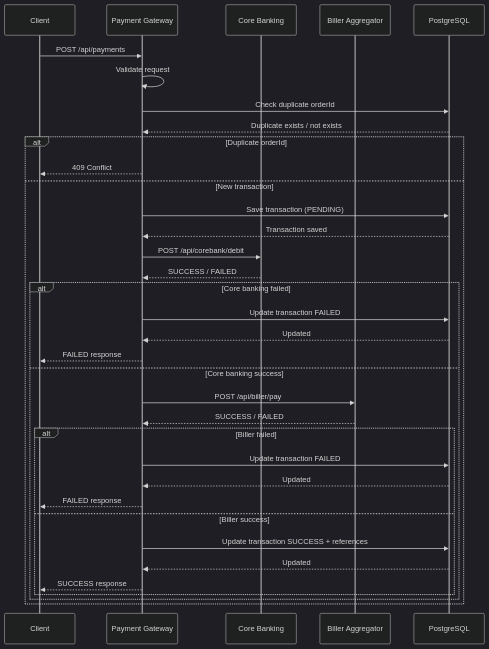
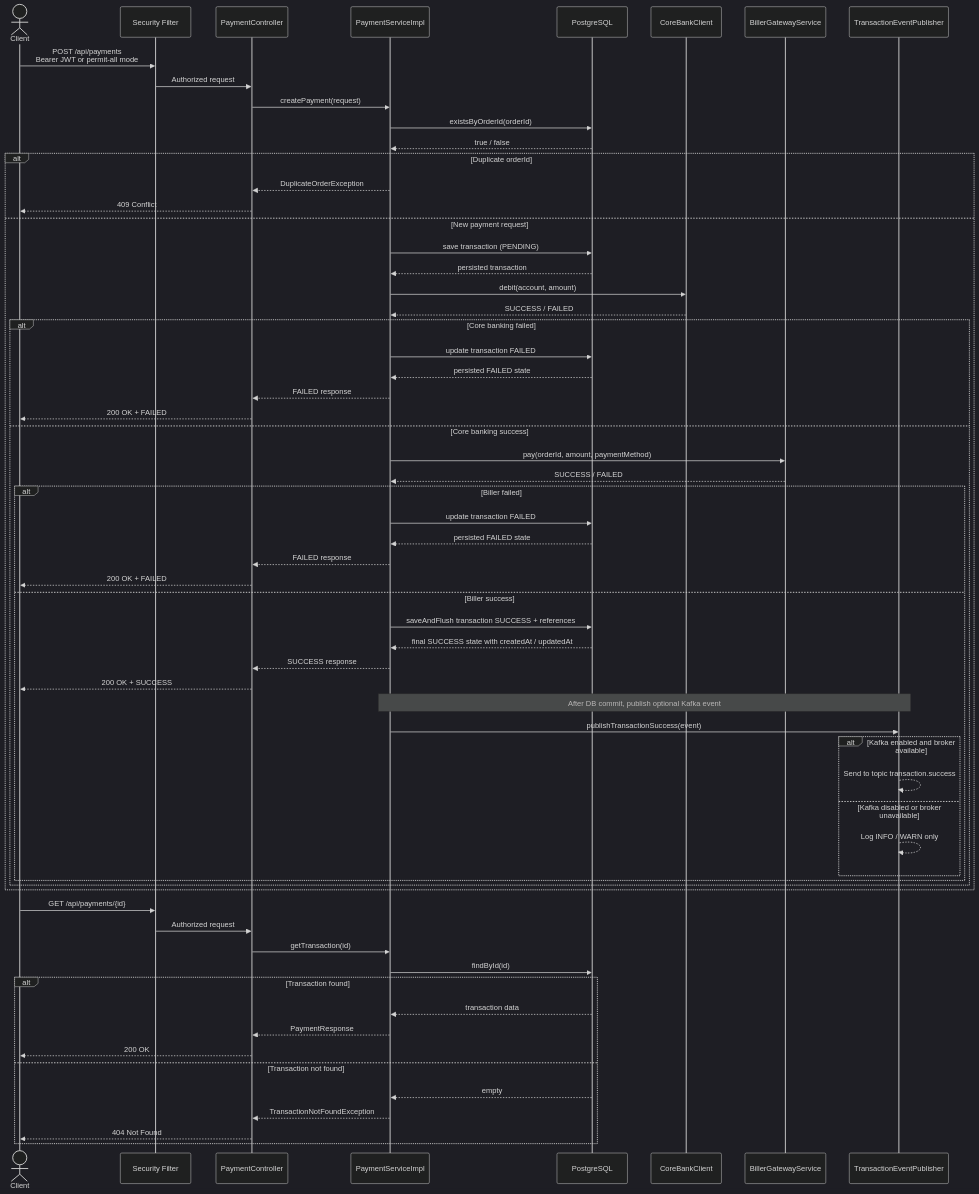
One commit to DinoDarmayanto/payment-gateway-cip changed the diagram in docs/sequence-diagram.md. Above: the diagram before and after it, drawn with Mermaid (dark theme). The commit also changed 1 other file, not shown here.

Commit message:
Update diagram flow

````diff
--- a/docs/sequence-diagram.md
+++ b/docs/sequence-diagram.md
@@ -3,42 +3,75 @@
 ```mermaid
 sequenceDiagram
-    participant Client
-    participant PaymentGateway as Payment Gateway
-    participant CoreBank as Core Banking
-    participant Biller as Biller Aggregator
+    actor Client
+    participant Security as Security Filter
+    participant Controller as PaymentController
+    participant Service as PaymentServiceImpl
     participant DB as PostgreSQL
+    participant CoreBank as CoreBankClient
+    participant Biller as BillerGatewayService
+    participant Kafka as TransactionEventPublisher
 
-    Client->>PaymentGateway: POST /api/payments
-    PaymentGateway->>PaymentGateway: Validate request
-    PaymentGateway->>DB: Check duplicate orderId
-    DB-->>PaymentGateway: Duplicate exists / not exists
+    Client->>Security: POST /api/payments<br/>Bearer JWT or permit-all mode
+    Security->>Controller: Authorized request
+    Controller->>Service: createPayment(request)
+
+    Service->>DB: existsByOrderId(orderId)
+    DB-->>Service: true / false
 
     alt Duplicate orderId
-        PaymentGateway-->>Client: 409 Conflict
-    else New transaction
-        PaymentGateway->>DB: Save transaction (PENDING)
-        DB-->>PaymentGateway: Transaction saved
+        Service-->>Controller: DuplicateOrderException
+        Controller-->>Client: 409 Conflict
+    else New payment request
+        Service->>DB: save transaction (PENDING)
+        DB-->>Service: persisted transaction
 
-        PaymentGateway->>CoreBank: POST /api/corebank/debit
-        CoreBank-->>PaymentGateway: SUCCESS / FAILED
+        Service->>CoreBank: debit(account, amount)
+        CoreBank-->>Service: SUCCESS / FAILED
 
         alt Core banking failed
-            PaymentGateway->>DB: Update transaction FAILED
-            DB-->>PaymentGateway: Updated
-            PaymentGateway-->>Client: FAILED response
+            Service->>DB: update transaction FAILED
+            DB-->>Service: persisted FAILED state
+            Service-->>Controller: FAILED response
+            Controller-->>Client: 200 OK + FAILED
         else Core banking success
-            PaymentGateway->>Biller: POST /api/biller/pay
-            Biller-->>PaymentGateway: SUCCESS / FAILED
+            Service->>Biller: pay(orderId, amount, paymentMethod)
+            Biller-->>Service: SUCCESS / FAILED
 
             alt Biller failed
-                PaymentGateway->>DB: Update transaction FAILED
-                DB-->>PaymentGateway: Updated
-                PaymentGateway-->>Client: FAILED response
+                Service->>DB: update transaction FAILED
+                DB-->>Service: persisted FAILED state
+                Service-->>Controller: FAILED response
+                Controller-->>Client: 200 OK + FAILED
             else Biller success
-                PaymentGateway->>DB: Update transaction SUCCESS + references
-                DB-->>PaymentGateway: Updated
-                PaymentGateway-->>Client: SUCCESS response
+                Service->>DB: saveAndFlush transaction SUCCESS + references
+                DB-->>Service: final SUCCESS state with createdAt / updatedAt
+                Service-->>Controller: SUCCESS response
+                Controller-->>Client: 200 OK + SUCCESS
+
+                Note over Service,Kafka: After DB commit, publish optional Kafka event
+                Service->>Kafka: publishTransactionSuccess(event)
+
+                alt Kafka enabled and broker available
+                    Kafka-->>Kafka: Send to topic transaction.success
+                else Kafka disabled or broker unavailable
+                    Kafka-->>Kafka: Log INFO / WARN only
+                end
             end
         end
     end
+
+    Client->>Security: GET /api/payments/{id}
+    Security->>Controller: Authorized request
+    Controller->>Service: getTransaction(id)
+    Service->>DB: findById(id)
+
+    alt Transaction found
+        DB-->>Service: transaction data
+        Service-->>Controller: PaymentResponse
+        Controller-->>Client: 200 OK
+    else Transaction not found
+        DB-->>Service: empty
+        Service-->>Controller: TransactionNotFoundException
+        Controller-->>Client: 404 Not Found
+    end
 ```
````
